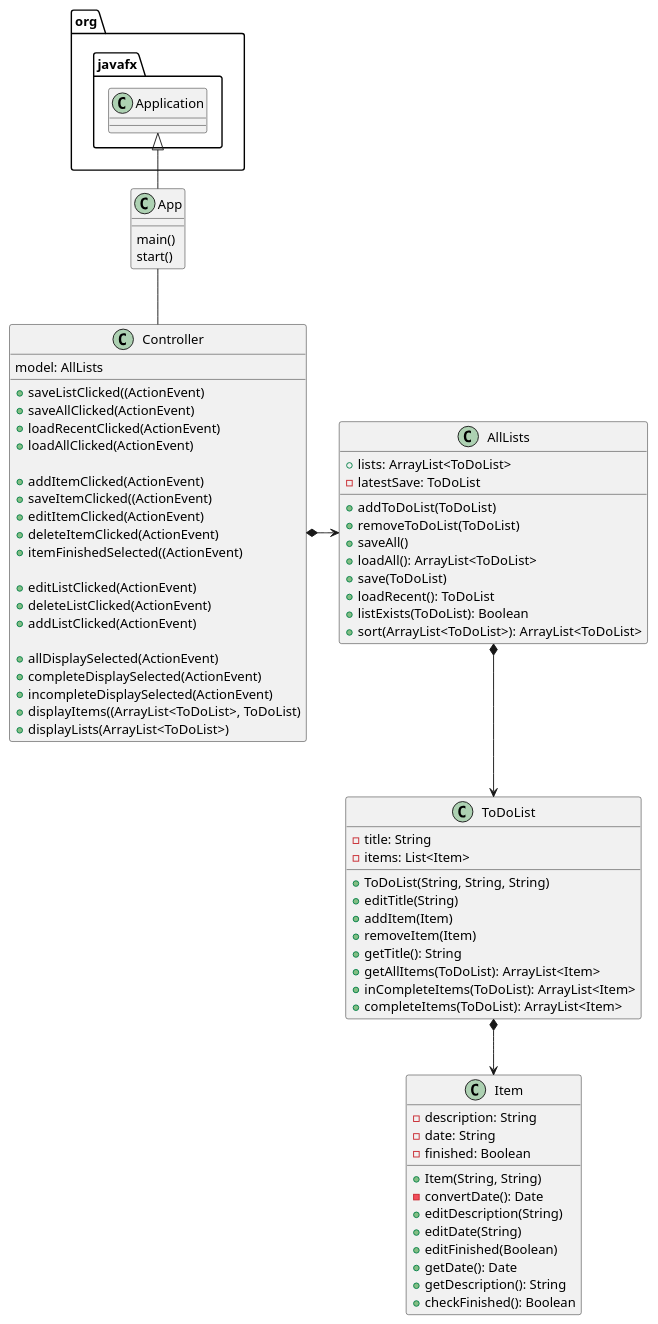
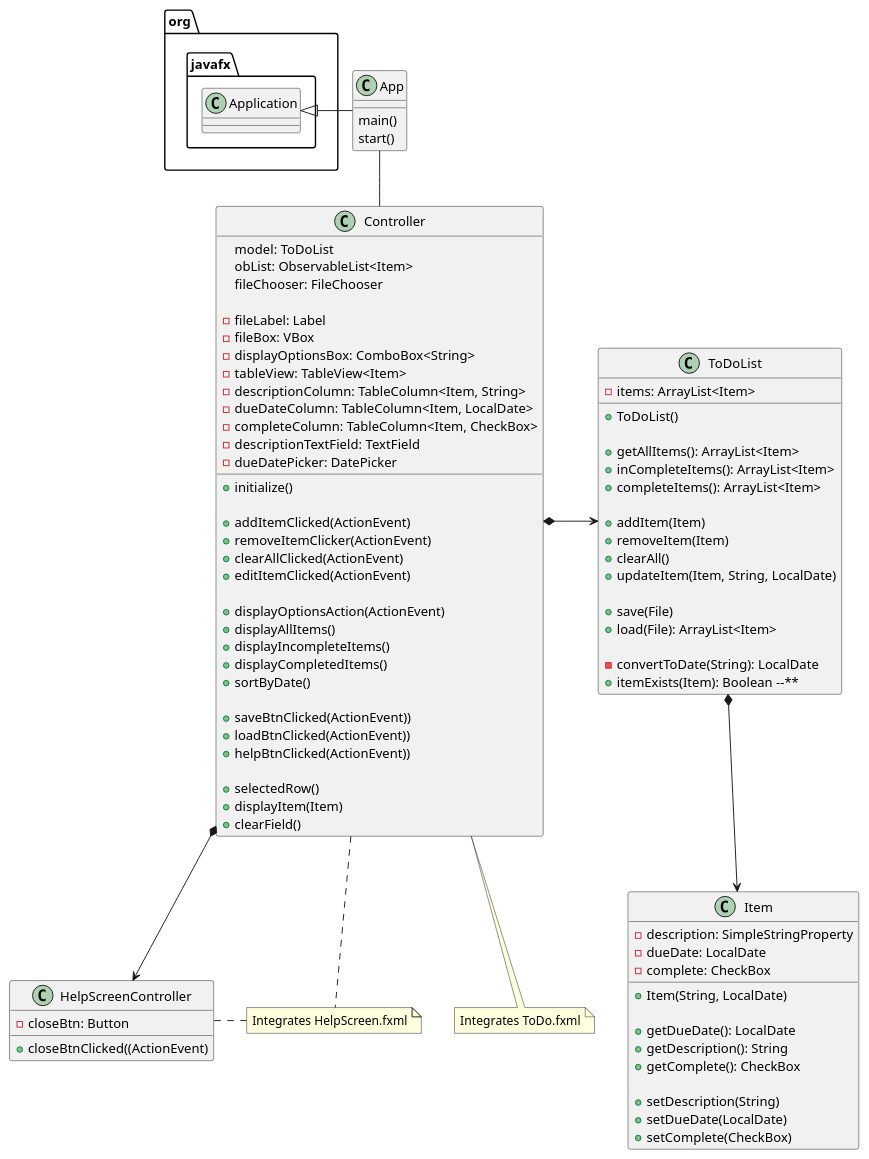
Before and after one commit to Mdoyon22/Doyon-cop3330-assignment4part2: the diagram in uml/ToDoListClass.puml, drawn with PlantUML.

Commit message:
UML Class Diagram Commit

```diff
--- a/uml/ToDoListClass.puml
+++ b/uml/ToDoListClass.puml
@@ -1,91 +1,120 @@
 @startuml
+
 
 class App
 {
     main()
     start()
 }
 
 class Controller
 {
-    model: AllLists
+    model: ToDoList
+    obList: ObservableList<Item>
+    fileChooser: FileChooser
 
-    'save and load buttons
-    +saveListClicked((ActionEvent)
-    +saveAllClicked(ActionEvent)
-    +loadRecentClicked(ActionEvent)
-    +loadAllClicked(ActionEvent)
+    - fileLabel: Label
+    - fileBox: VBox
+    - displayOptionsBox: ComboBox<String>
+    - tableView: TableView<Item>
+    - descriptionColumn: TableColumn<Item, String>
+    - dueDateColumn: TableColumn<Item, LocalDate>
+    - completeColumn: TableColumn<Item, CheckBox>
+    - descriptionTextField: TextField
+    - dueDatePicker: DatePicker
 
-    'item buttons
+    +initialize()
+
+    'item functions
     +addItemClicked(ActionEvent)
-    +saveItemClicked((ActionEvent)
+    +removeItemClicker(ActionEvent)
+    +clearAllClicked(ActionEvent)
     +editItemClicked(ActionEvent)
-    +deleteItemClicked(ActionEvent)
-    +itemFinishedSelected((ActionEvent)
 
-    'list buttons
-    +editListClicked(ActionEvent)
-    +deleteListClicked(ActionEvent)
-    +addListClicked(ActionEvent)
+    'displayOptions
+    +displayOptionsAction(ActionEvent)
+    +displayAllItems()
+    +displayIncompleteItems()
+    +displayCompletedItems()
+    +sortByDate()
 
-    'Display Options Selection
-    +allDisplaySelected(ActionEvent)
-    +completeDisplaySelected(ActionEvent)
-    +incompleteDisplaySelected(ActionEvent)
-    +displayItems((ArrayList<ToDoList>, ToDoList)
-    +displayLists(ArrayList<ToDoList>)
-}
+    'save
+    +saveBtnClicked(ActionEvent))
+    'load
+    +loadBtnClicked(ActionEvent))
+    'help
+    +helpBtnClicked(ActionEvent))
 
-class AllLists
-{
-    +lists: ArrayList<ToDoList>
-    -latestSave: ToDoList
-
-    +addToDoList(ToDoList)
-    +removeToDoList(ToDoList)
-    +saveAll()
-    +loadAll(): ArrayList<ToDoList>
-    +save(ToDoList)
-    +loadRecent(): ToDoList
-    +listExists(ToDoList): Boolean
-    +sort(ArrayList<ToDoList>): ArrayList<ToDoList>
+    'helpers
+    +selectedRow()
+    +displayItem(Item)
+    +clearField()
 }
 
 class ToDoList
 {
-    -title: String
-    -items: List<Item>
+    -items: ArrayList<Item>
 
-    +ToDoList(String, String, String)
-    +editTitle(String)
+    'constructor
+    +ToDoList()
+
+    'getters
+    +getAllItems(): ArrayList<Item>
+    +inCompleteItems(): ArrayList<Item>
+    +completeItems(): ArrayList<Item>
+
+    'setters
     +addItem(Item)
     +removeItem(Item)
-    +getTitle(): String
-    +getAllItems(ToDoList): ArrayList<Item>
-    +inCompleteItems(ToDoList): ArrayList<Item>
-    +completeItems(ToDoList): ArrayList<Item>
+    +clearAll()
+    +updateItem(Item, String, LocalDate)
+
+    'save
+    +save(File)
+    +load(File): ArrayList<Item>
+
+    -convertToDate(String): LocalDate
+    +itemExists(Item): Boolean --**
 }
 
 class Item
 {
-    -description: String
-    -date: String
-    -finished: Boolean
+    'private instance variables
+    -description: SimpleStringProperty
+    -dueDate: LocalDate
+    -complete: CheckBox
 
-    +Item(String, String)
-    -convertDate(): Date
-    +editDescription(String)
-    +editDate(String)
-    +editFinished(Boolean)
-    +getDate(): Date
+    'constructor
+    +Item(String, LocalDate)
+
+    'getters
+    +getDueDate(): LocalDate
     +getDescription(): String
-    +checkFinished(): Boolean
+    +getComplete(): CheckBox
+
+    'setters
+    +setDescription(String)
+    +setDueDate(LocalDate)
+    +setComplete(CheckBox)
 }
 
-org.javafx.Application <|-- App
+class HelpScreenController
+{
+    -closeBtn: Button
+    +closeBtnClicked((ActionEvent)
+}
+
+org.javafx.Application <|- App
 App -- Controller
-Controller *-> AllLists
-AllLists *--> ToDoList
+Controller *--> HelpScreenController
+Controller *-> ToDoList
 ToDoList *--> Item
 
+note "Integrates ToDo.fxml" as N1
+note "Integrates HelpScreen.fxml" as N2
+
+Controller .. N1
+Controller .. N2
+HelpScreenController . N2
+
 @enduml
```
